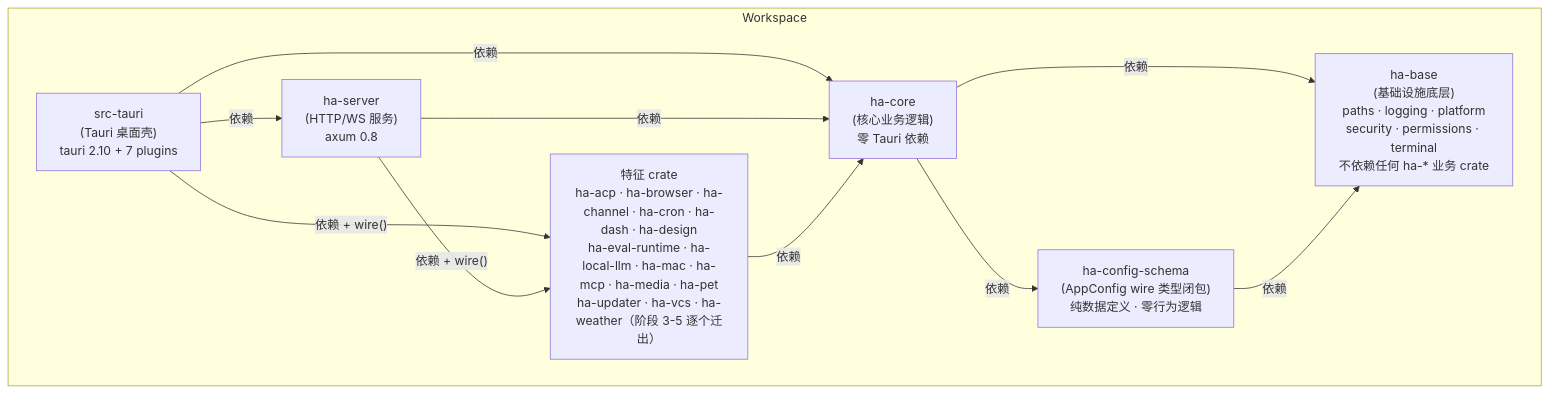
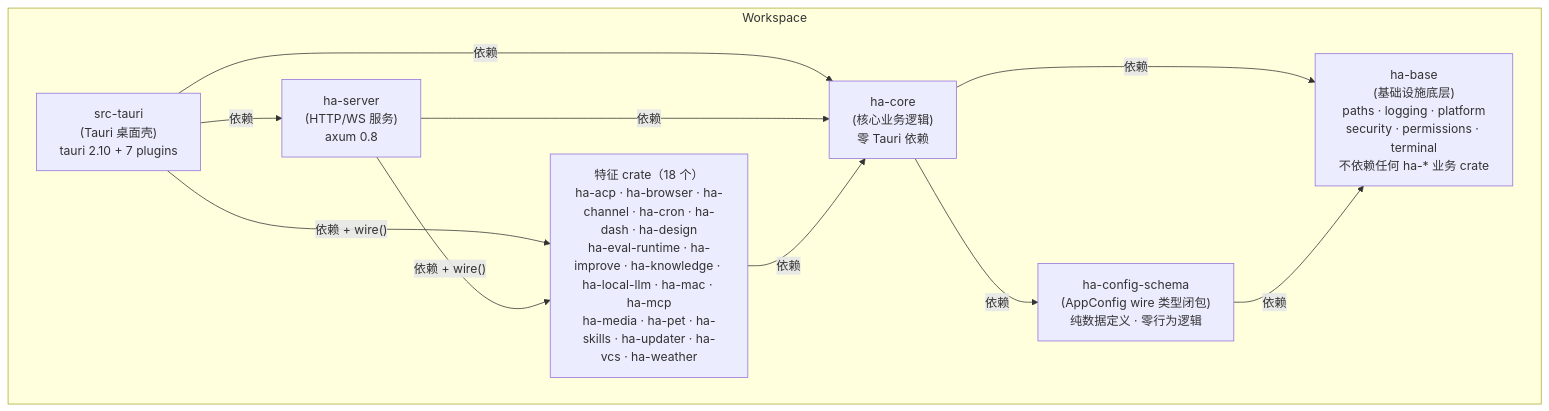
The first of 6 diagrams in docs/architecture/backend-separation.md (shiwenwen/hope-agent), drawn with Mermaid before and after one commit. The commit also changed other lines of this file and 24 other files, not shown here.

````diff
--- a/docs/architecture/backend-separation.md
+++ b/docs/architecture/backend-separation.md
@@ -15,22 +15,22 @@
 ```mermaid
 graph TD
     subgraph Workspace
         HA_TAURI["src-tauri<br/>(Tauri 桌面壳)<br/>tauri 2.10 + 7 plugins"]
         HA_SERVER["ha-server<br/>(HTTP/WS 服务)<br/>axum 0.8"]
-        HA_FEAT["特征 crate<br/>ha-acp · ha-browser · ha-channel · ha-cron · ha-dash · ha-design<br/>ha-eval-runtime · ha-local-llm · ha-mac · ha-mcp · ha-media · ha-pet<br/>ha-updater · ha-vcs · ha-weather（阶段 3-5 逐个迁出）"]
+        HA_FEAT["特征 crate（18 个）<br/>ha-acp · ha-browser · ha-channel · ha-cron · ha-dash · ha-design<br/>ha-eval-runtime · ha-improve · ha-knowledge · ha-local-llm · ha-mac · ha-mcp<br/>ha-media · ha-pet · ha-skills · ha-updater · ha-vcs · ha-weather"]
         HA_CORE["ha-core<br/>(核心业务逻辑)<br/>零 Tauri 依赖"]
         HA_SCHEMA["ha-config-schema<br/>(AppConfig wire 类型闭包)<br/>纯数据定义 · 零行为逻辑"]
         HA_BASE["ha-base<br/>(基础设施底层)<br/>paths · logging · platform<br/>security · permissions · terminal<br/>不依赖任何 ha-* 业务 crate"]
     end
 
     HA_TAURI -->|"依赖"| HA_SERVER
     HA_TAURI -->|"依赖 + wire()"| HA_FEAT
     HA_TAURI -->|"依赖"| HA_CORE
     HA_SERVER -->|"依赖 + wire()"| HA_FEAT
     HA_SERVER -->|"依赖"| HA_CORE
     HA_FEAT -->|"依赖"| HA_CORE
     HA_CORE -->|"依赖"| HA_SCHEMA
     HA_CORE -->|"依赖"| HA_BASE
     HA_SCHEMA -->|"依赖"| HA_BASE
 
 ```
````
